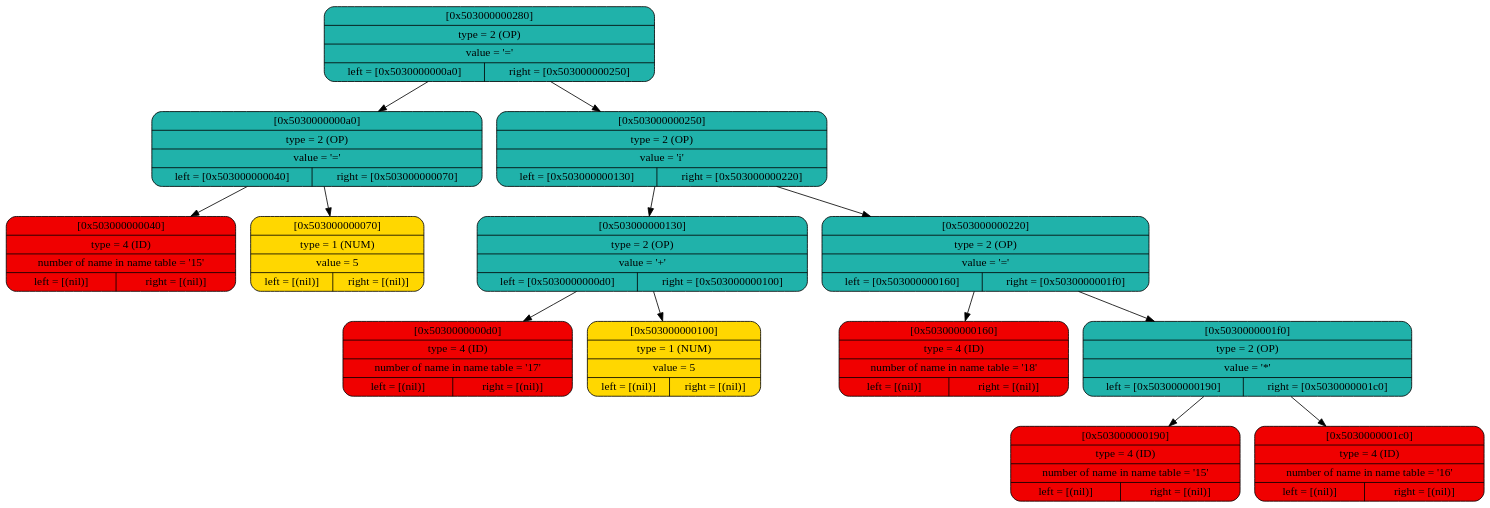
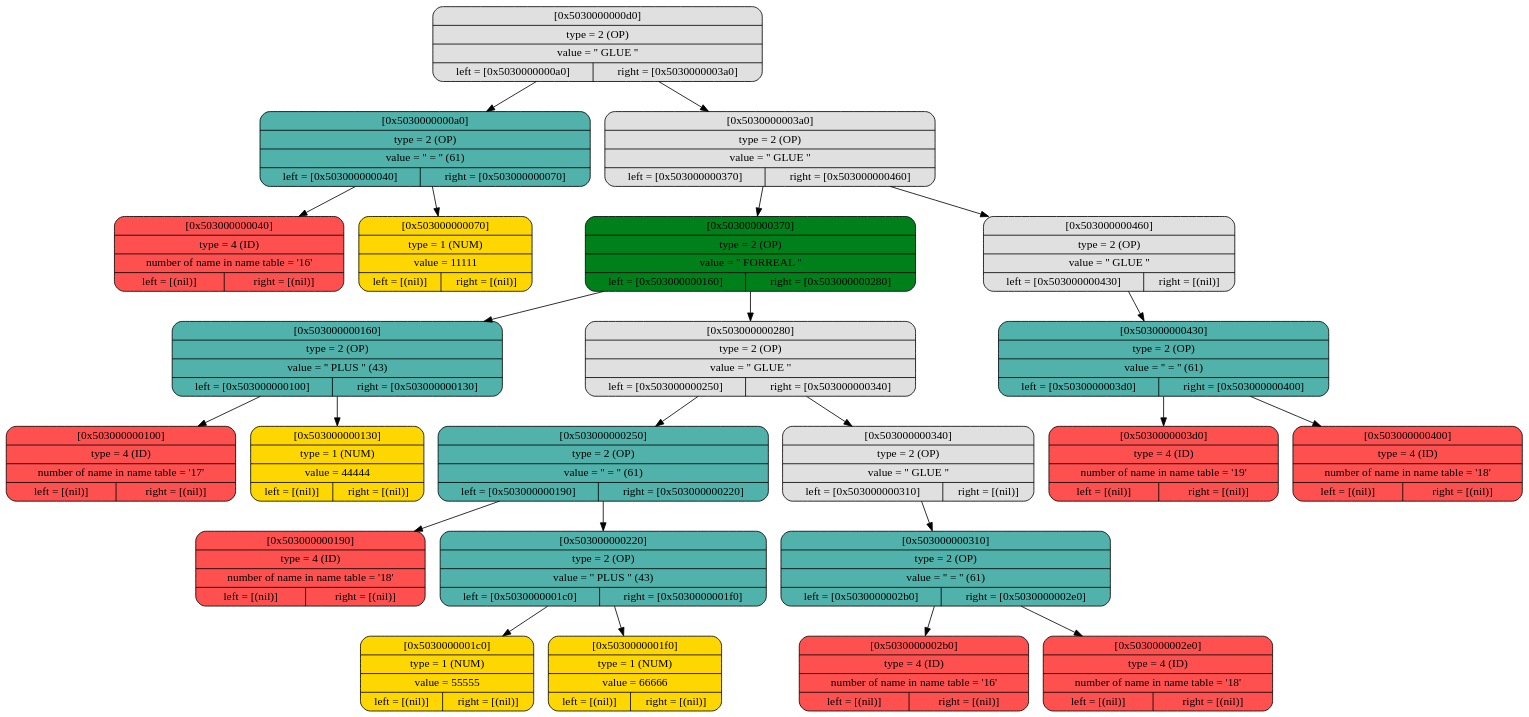
Before and after one commit to daniilgriga/MyProgrammingLanguage: the diagram in build/graph_tree.dot, drawn with Graphviz. The commit also changed 14 other files, not shown here.

```diff
--- a/build/graph_tree.dot
+++ b/build/graph_tree.dot
@@ -1,30 +1,50 @@
 digraph
 {
 bgcolor="transparent"
-node0x503000000280 [shape=Mrecord; label = " { [0x503000000280] | type = 2 (OP)   | value = '=' | { left = [0x5030000000a0] | right = [0x503000000250] } }"; style = filled; fillcolor = "#20B2AA"];
-node0x503000000280 -> node0x5030000000a0;
-node0x503000000280 -> node0x503000000250;
-node0x5030000000a0 [shape=Mrecord; label = " { [0x5030000000a0] | type = 2 (OP)   | value = '=' | { left = [0x503000000040] | right = [0x503000000070] } }"; style = filled; fillcolor = "#20B2AA"];
+node0x5030000000d0 [shape=Mrecord; label = " { [0x5030000000d0] | type = 2 (OP)   | value = '' GLUE ''  | { left = [0x5030000000a0] | right = [0x5030000003a0] } }"; style = filled; fillcolor = "#E0E0E0"];
+node0x5030000000d0 -> node0x5030000000a0;
+node0x5030000000d0 -> node0x5030000003a0;
+node0x5030000000a0 [shape=Mrecord; label = " { [0x5030000000a0] | type = 2 (OP)   | value = '' = ''  (61) | { left = [0x503000000040] | right = [0x503000000070] } }"; style = filled; fillcolor = "#50B2AA"];
 node0x5030000000a0 -> node0x503000000040;
 node0x5030000000a0 -> node0x503000000070;
-node0x503000000040 [shape=Mrecord; label = " { [0x503000000040] | type = 4 (ID)   | number of name in name table = '15' | { left = [(nil)] | right = [(nil)] } }"; style = filled; fillcolor = "#F00000"];
-node0x503000000070 [shape=Mrecord; label = " { [0x503000000070] | type = 1 (NUM)  | value = 5   | { left = [(nil)] | right = [(nil)] } }"; style = filled; fillcolor = "#FFD700"];
-node0x503000000250 [shape=Mrecord; label = " { [0x503000000250] | type = 2 (OP)   | value = 'i' | { left = [0x503000000130] | right = [0x503000000220] } }"; style = filled; fillcolor = "#20B2AA"];
-node0x503000000250 -> node0x503000000130;
+node0x503000000040 [shape=Mrecord; label = " { [0x503000000040] | type = 4 (ID)   | number of name in name table = '16' | { left = [(nil)] | right = [(nil)] } }"; style = filled; fillcolor = "#FF5050"];
+node0x503000000070 [shape=Mrecord; label = " { [0x503000000070] | type = 1 (NUM)  | value = 11111   | { left = [(nil)] | right = [(nil)] } }"; style = filled; fillcolor = "#FFD700"];
+node0x5030000003a0 [shape=Mrecord; label = " { [0x5030000003a0] | type = 2 (OP)   | value = '' GLUE ''  | { left = [0x503000000370] | right = [0x503000000460] } }"; style = filled; fillcolor = "#E0E0E0"];
+node0x5030000003a0 -> node0x503000000370;
+node0x5030000003a0 -> node0x503000000460;
+node0x503000000370 [shape=Mrecord; label = " { [0x503000000370] | type = 2 (OP)   | value = '' FORREAL ''  | { left = [0x503000000160] | right = [0x503000000280] } }"; style = filled; fillcolor = "#00801A"];
+node0x503000000370 -> node0x503000000160;
+node0x503000000370 -> node0x503000000280;
+node0x503000000160 [shape=Mrecord; label = " { [0x503000000160] | type = 2 (OP)   | value = '' PLUS ''  (43) | { left = [0x503000000100] | right = [0x503000000130] } }"; style = filled; fillcolor = "#50B2AA"];
+node0x503000000160 -> node0x503000000100;
+node0x503000000160 -> node0x503000000130;
+node0x503000000100 [shape=Mrecord; label = " { [0x503000000100] | type = 4 (ID)   | number of name in name table = '17' | { left = [(nil)] | right = [(nil)] } }"; style = filled; fillcolor = "#FF5050"];
+node0x503000000130 [shape=Mrecord; label = " { [0x503000000130] | type = 1 (NUM)  | value = 44444   | { left = [(nil)] | right = [(nil)] } }"; style = filled; fillcolor = "#FFD700"];
+node0x503000000280 [shape=Mrecord; label = " { [0x503000000280] | type = 2 (OP)   | value = '' GLUE ''  | { left = [0x503000000250] | right = [0x503000000340] } }"; style = filled; fillcolor = "#E0E0E0"];
+node0x503000000280 -> node0x503000000250;
+node0x503000000280 -> node0x503000000340;
+node0x503000000250 [shape=Mrecord; label = " { [0x503000000250] | type = 2 (OP)   | value = '' = ''  (61) | { left = [0x503000000190] | right = [0x503000000220] } }"; style = filled; fillcolor = "#50B2AA"];
+node0x503000000250 -> node0x503000000190;
 node0x503000000250 -> node0x503000000220;
-node0x503000000130 [shape=Mrecord; label = " { [0x503000000130] | type = 2 (OP)   | value = '+' | { left = [0x5030000000d0] | right = [0x503000000100] } }"; style = filled; fillcolor = "#20B2AA"];
-node0x503000000130 -> node0x5030000000d0;
-node0x503000000130 -> node0x503000000100;
-node0x5030000000d0 [shape=Mrecord; label = " { [0x5030000000d0] | type = 4 (ID)   | number of name in name table = '17' | { left = [(nil)] | right = [(nil)] } }"; style = filled; fillcolor = "#F00000"];
-node0x503000000100 [shape=Mrecord; label = " { [0x503000000100] | type = 1 (NUM)  | value = 5   | { left = [(nil)] | right = [(nil)] } }"; style = filled; fillcolor = "#FFD700"];
-node0x503000000220 [shape=Mrecord; label = " { [0x503000000220] | type = 2 (OP)   | value = '=' | { left = [0x503000000160] | right = [0x5030000001f0] } }"; style = filled; fillcolor = "#20B2AA"];
-node0x503000000220 -> node0x503000000160;
+node0x503000000190 [shape=Mrecord; label = " { [0x503000000190] | type = 4 (ID)   | number of name in name table = '18' | { left = [(nil)] | right = [(nil)] } }"; style = filled; fillcolor = "#FF5050"];
+node0x503000000220 [shape=Mrecord; label = " { [0x503000000220] | type = 2 (OP)   | value = '' PLUS ''  (43) | { left = [0x5030000001c0] | right = [0x5030000001f0] } }"; style = filled; fillcolor = "#50B2AA"];
+node0x503000000220 -> node0x5030000001c0;
 node0x503000000220 -> node0x5030000001f0;
-node0x503000000160 [shape=Mrecord; label = " { [0x503000000160] | type = 4 (ID)   | number of name in name table = '18' | { left = [(nil)] | right = [(nil)] } }"; style = filled; fillcolor = "#F00000"];
-node0x5030000001f0 [shape=Mrecord; label = " { [0x5030000001f0] | type = 2 (OP)   | value = '*' | { left = [0x503000000190] | right = [0x5030000001c0] } }"; style = filled; fillcolor = "#20B2AA"];
-node0x5030000001f0 -> node0x503000000190;
-node0x5030000001f0 -> node0x5030000001c0;
-node0x503000000190 [shape=Mrecord; label = " { [0x503000000190] | type = 4 (ID)   | number of name in name table = '15' | { left = [(nil)] | right = [(nil)] } }"; style = filled; fillcolor = "#F00000"];
-node0x5030000001c0 [shape=Mrecord; label = " { [0x5030000001c0] | type = 4 (ID)   | number of name in name table = '16' | { left = [(nil)] | right = [(nil)] } }"; style = filled; fillcolor = "#F00000"];
+node0x5030000001c0 [shape=Mrecord; label = " { [0x5030000001c0] | type = 1 (NUM)  | value = 55555   | { left = [(nil)] | right = [(nil)] } }"; style = filled; fillcolor = "#FFD700"];
+node0x5030000001f0 [shape=Mrecord; label = " { [0x5030000001f0] | type = 1 (NUM)  | value = 66666   | { left = [(nil)] | right = [(nil)] } }"; style = filled; fillcolor = "#FFD700"];
+node0x503000000340 [shape=Mrecord; label = " { [0x503000000340] | type = 2 (OP)   | value = '' GLUE ''  | { left = [0x503000000310] | right = [(nil)] } }"; style = filled; fillcolor = "#E0E0E0"];
+node0x503000000340 -> node0x503000000310;
+node0x503000000310 [shape=Mrecord; label = " { [0x503000000310] | type = 2 (OP)   | value = '' = ''  (61) | { left = [0x5030000002b0] | right = [0x5030000002e0] } }"; style = filled; fillcolor = "#50B2AA"];
+node0x503000000310 -> node0x5030000002b0;
+node0x503000000310 -> node0x5030000002e0;
+node0x5030000002b0 [shape=Mrecord; label = " { [0x5030000002b0] | type = 4 (ID)   | number of name in name table = '16' | { left = [(nil)] | right = [(nil)] } }"; style = filled; fillcolor = "#FF5050"];
+node0x5030000002e0 [shape=Mrecord; label = " { [0x5030000002e0] | type = 4 (ID)   | number of name in name table = '18' | { left = [(nil)] | right = [(nil)] } }"; style = filled; fillcolor = "#FF5050"];
+node0x503000000460 [shape=Mrecord; label = " { [0x503000000460] | type = 2 (OP)   | value = '' GLUE ''  | { left = [0x503000000430] | right = [(nil)] } }"; style = filled; fillcolor = "#E0E0E0"];
+node0x503000000460 -> node0x503000000430;
+node0x503000000430 [shape=Mrecord; label = " { [0x503000000430] | type = 2 (OP)   | value = '' = ''  (61) | { left = [0x5030000003d0] | right = [0x503000000400] } }"; style = filled; fillcolor = "#50B2AA"];
+node0x503000000430 -> node0x5030000003d0;
+node0x503000000430 -> node0x503000000400;
+node0x5030000003d0 [shape=Mrecord; label = " { [0x5030000003d0] | type = 4 (ID)   | number of name in name table = '19' | { left = [(nil)] | right = [(nil)] } }"; style = filled; fillcolor = "#FF5050"];
+node0x503000000400 [shape=Mrecord; label = " { [0x503000000400] | type = 4 (ID)   | number of name in name table = '18' | { left = [(nil)] | right = [(nil)] } }"; style = filled; fillcolor = "#FF5050"];
 
 }
```
